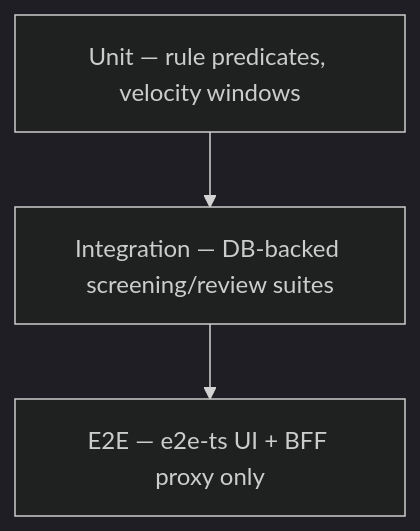
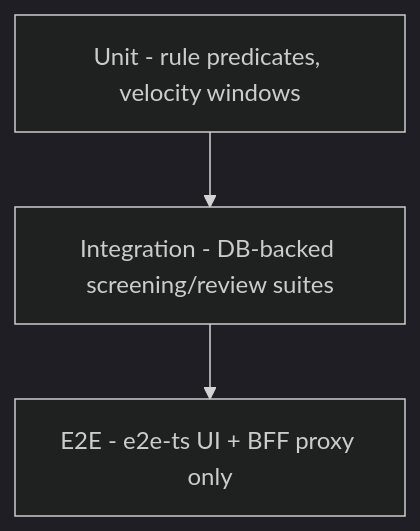
One commit to commerce8/bill8-site changed the sixth of 6 diagrams in docs/products/risk/design.md. Above: the diagram before and after it, drawn with Mermaid (dark theme). The commit also changed other lines of this file and 45 other files, not shown here.

````diff
--- a/docs/products/risk/design.md
+++ b/docs/products/risk/design.md
@@ -113,5 +113,5 @@
 ```mermaid
 graph TD
-    U["Unit — rule predicates, velocity windows"] --> I["Integration — DB-backed screening/review suites"]
-    I --> E["E2E — e2e-ts UI + BFF proxy only"]
+    U["Unit - rule predicates, velocity windows"] --> I["Integration - DB-backed screening/review suites"]
+    I --> E["E2E - e2e-ts UI + BFF proxy only"]
 ```
````
